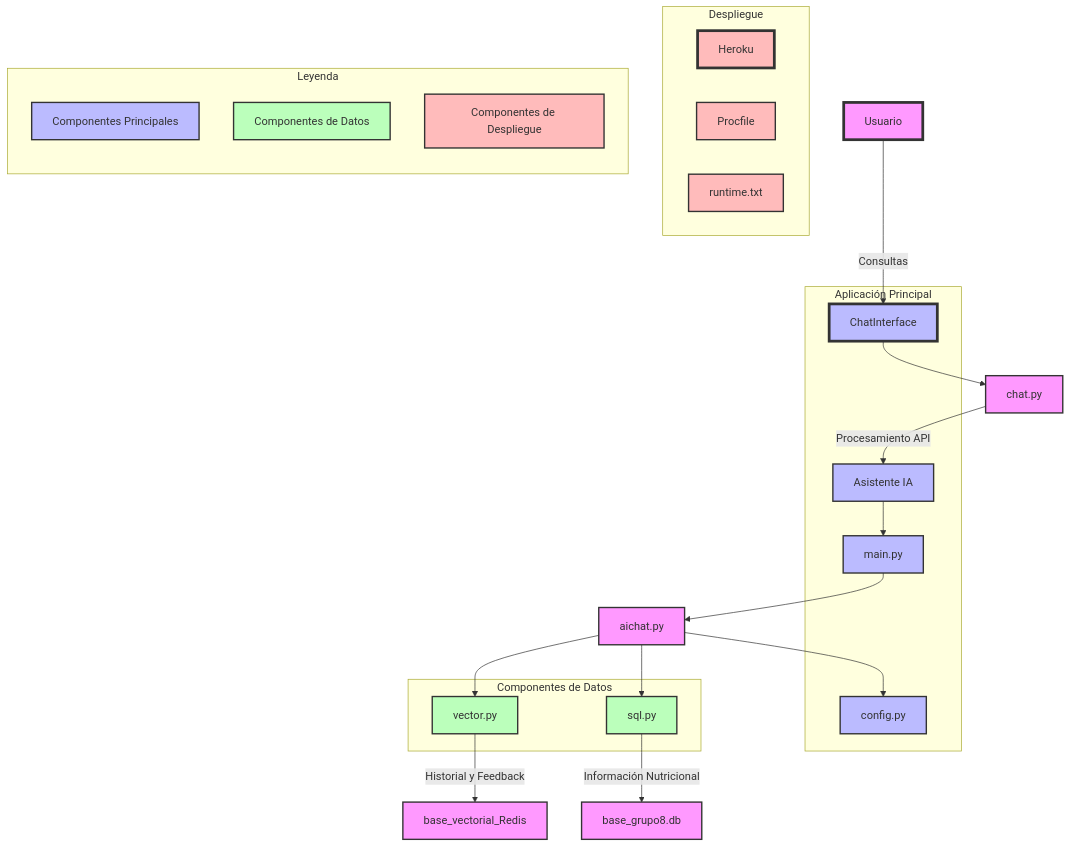
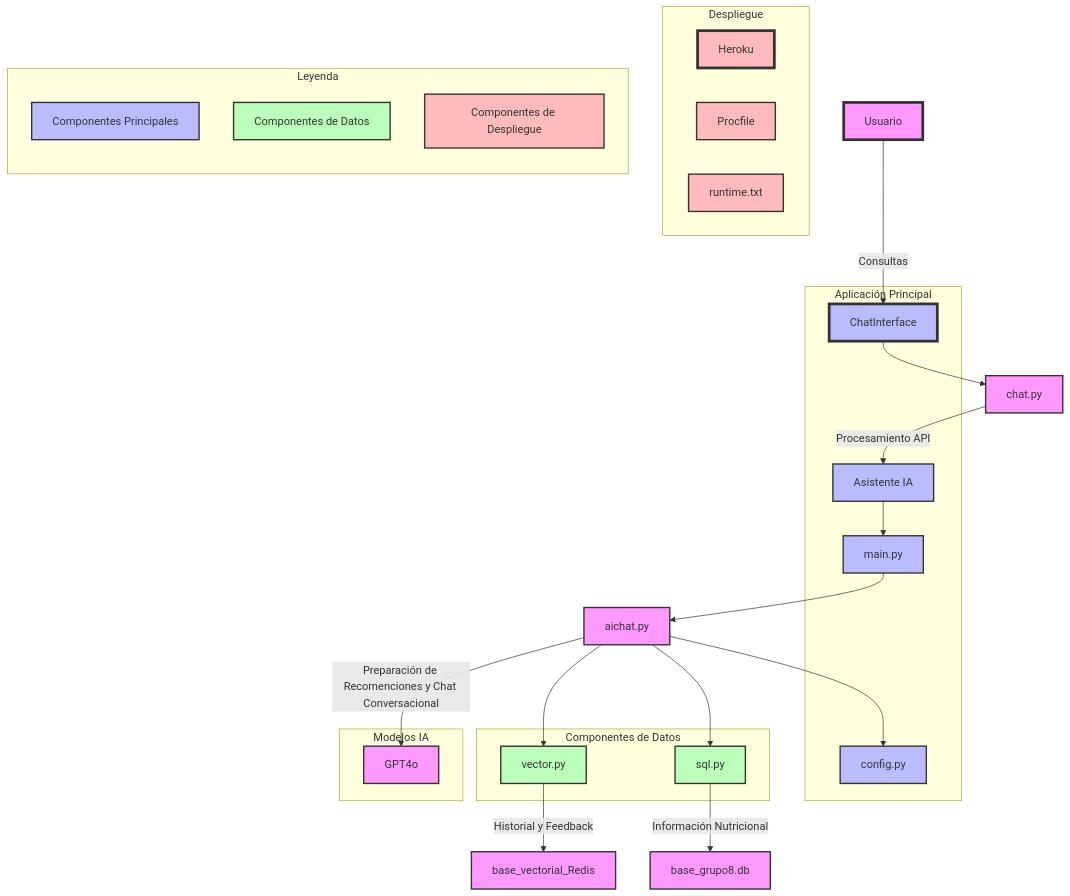
Before and after one commit to leorojascas/Grupo8: the diagram in architecture.md, drawn with Mermaid.

````diff
--- a/architecture.md
+++ b/architecture.md
@@ -1,64 +1,69 @@
 ```mermaid
 graph TD
     %% Nodes
     User[Usuario] -->|Consultas| ChatInterface
     ChatInterface --> ChatLogic[chat.py]
     ChatLogic[chat.py] -->|Procesamiento API| AIAssistant[Asistente IA]
     AIAssistant[Asistente IA] --> EntryPoint[main.py]
     EntryPoint[main.py] --> AILogic[aichat.py]
     AILogic[aichat.py] --> AppConfig[config.py]
     AILogic[aichat.py] --> VectorProcessor[vector.py]
     AILogic[aichat.py] --> SQLModule[sql.py]
+    AILogic[aichat.py] -->|Preparación de Recomenciones y Chat Conversacional| OpenAI[GPT4o]
 
     %% Subgraphs
     subgraph Aplicación Principal
         ChatInterface
         AIAssistant
         EntryPoint[main.py]
         AppConfig[config.py]
     end
 
     subgraph Componentes de Datos
         SQLModule[sql.py]
         VectorProcessor[vector.py]
+    end
+
+    subgraph Modelos IA
+        OpenAI[GPT4o]
     end
 
     %% Database Details
     SQLModule[sql.py] -->|Información Nutricional| Config[base_grupo8.db]
     VectorProcessor[vector.py] -->|Historial y Feedback| Confíg[base_vectorial_Redis]
 
 
     %% Deployment
     subgraph Despliegue
         Heroku[Heroku]
         Procfile[Procfile]
         Runtime[runtime.txt]
     end
 
     %% Styling
     classDef default fill:#f9f,stroke:#333,stroke-width:2px
     classDef primary fill:#bbf,stroke:#333,stroke-width:2px
     classDef data fill:#bfb,stroke:#333,stroke-width:2px
     classDef deployment fill:#fbb,stroke:#333,stroke-width:2px
 
     class User,ChatInterface,AIAssistant,EntryPoint,AppConfig primary
     class SQLModule,VectorProcessor data
     class Heroku,Procfile,Runtime deployment
 
     %% Legend
     subgraph Leyenda
         direction TB
         Primary[Componentes Principales]
         Data[Componentes de Datos]
         Deployment[Componentes de Despliegue]
     end
 
     class Primary primary
     class Data data
     class Deployment deployment
 
     %% Connections
     style User fill:#f9f,stroke:#333,stroke-width:4px
     style ChatInterface fill:#bbf,stroke:#333,stroke-width:4px
     style Heroku fill:#fbb,stroke:#333,stroke-width:4px
 ```
````
